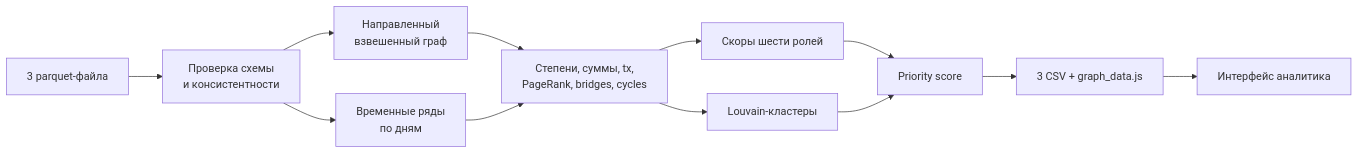
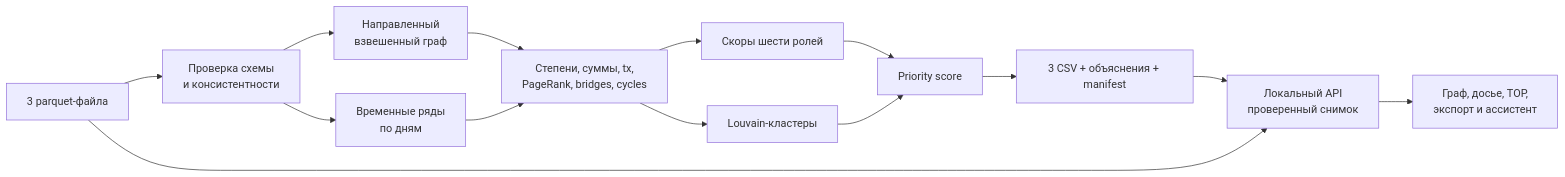
The diagram in README.md (BAITC-Hacks/hack-0ac3a7a7-rmt), drawn with Mermaid before and after one commit. The commit also changed other lines of this file and 20 other files, not shown here.

````diff
--- a/README.md
+++ b/README.md
@@ -79,14 +88,16 @@
 ```mermaid
 flowchart LR
     A[3 parquet-файла] --> B[Проверка схемы<br/>и консистентности]
     B --> C[Направленный<br/>взвешенный граф]
     B --> D[Временные ряды<br/>по дням]
     C --> E[Степени, суммы, tx,<br/>PageRank, bridges, cycles]
     D --> E
     E --> F[Скоры шести ролей]
     E --> G[Louvain-кластеры]
     F --> H[Priority score]
     G --> H
-    H --> I[3 CSV + graph_data.js]
-    I --> J[Интерфейс аналитика]
+    H --> I[3 CSV + объяснения + manifest]
+    I --> J[Локальный API<br/>проверенный снимок]
+    A --> J
+    J --> K[Граф, досье, TOP,<br/>экспорт и ассистент]
 ```
````
